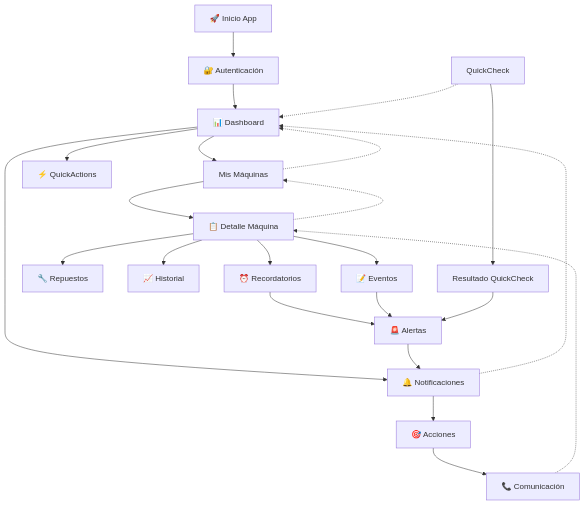
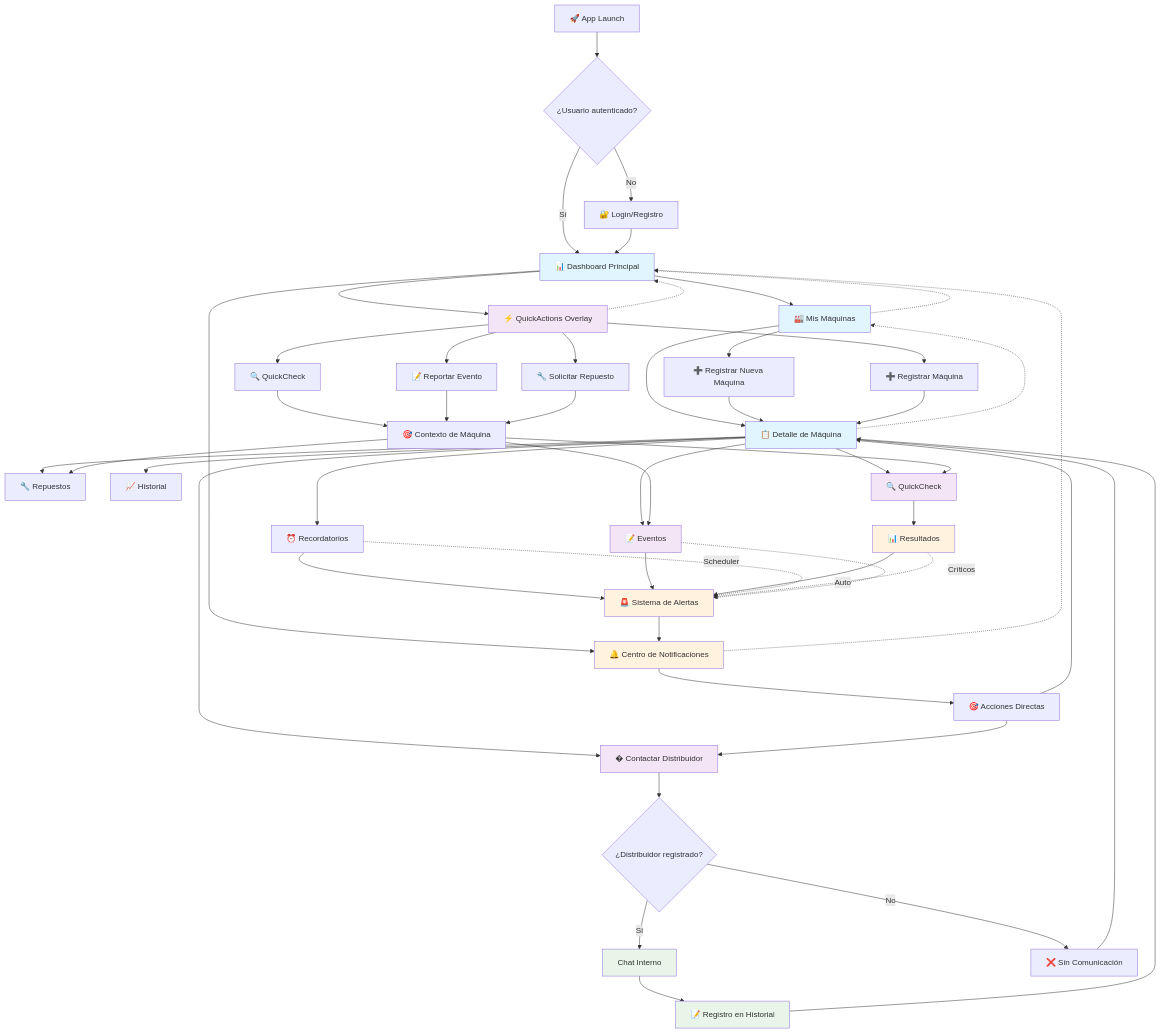
One commit to MarkMed/FleetMan changed the ninth of 9 diagrams in docs/userJourney.md. Above: the diagram before and after it, drawn with Mermaid.

Commit message:
Refactor user journey flow: enhance authentication, dashboard navigation, and QuickActions integration

````diff
--- a/docs/userJourney.md
+++ b/docs/userJourney.md
@@ -276,31 +276,85 @@
 ```mermaid
 flowchart TD
-    START[🚀 Inicio App] --> AUTH[🔐 Autenticación]
-    AUTH --> DASH[📊 Dashboard]
+    %% Inicio y Autenticación
+    START[🚀 App Launch] --> AUTH{¿Usuario autenticado?}
+    AUTH -->|No| LOGIN[🔐 Login/Registro]
+    AUTH -->|Sí| DASHBOARD[📊 Dashboard Principal]
+    LOGIN --> DASHBOARD
     
-    DASH --> MACHINES[🏭 Mis Máquinas]
-    DASH --> QA[⚡ QuickActions]
-    DASH --> NOTIF[🔔 Notificaciones]
+    %% Puntos de entrada principales desde Dashboard
+    DASHBOARD --> MACHINES[🏭 Mis Máquinas]
+    DASHBOARD --> QUICKACTIONS[⚡ QuickActions Overlay]
+    DASHBOARD --> NOTIFICATIONS[🔔 Centro de Notificaciones]
     
-    MACHINES --> DETAIL[📋 Detalle Máquina]
-    DETAIL --> REMINDERS[⏰ Recordatorios]
-    DETAIL --> SPARES[🔧 Repuestos]
-    DETAIL --> HISTORY[📈 Historial]
-    DETAIL --> EVENTS[📝 Eventos]
+    %% Flujo de Máquinas
+    MACHINES --> MACHINE_DETAIL[📋 Detalle de Máquina]
+    MACHINES --> NEW_MACHINE[➕ Registrar Nueva Máquina]
+    NEW_MACHINE --> MACHINE_DETAIL
     
-    QC[QuickCheck] --> QC_RESULT[Resultado QuickCheck]
-    REMINDERS --> ALERTS[🚨 Alertas]
+    %% QuickActions - Acciones Rápidas
+    QUICKACTIONS --> QA_QUICKCHECK[🔍 QuickCheck]
+    QUICKACTIONS --> QA_EVENT[📝 Reportar Evento]
+    QUICKACTIONS --> QA_SPARE[🔧 Solicitar Repuesto]
+    QUICKACTIONS --> QA_NEW_MACHINE[➕ Registrar Máquina]
+    
+    %% Convergencia de QuickActions a contexto de máquina
+    QA_QUICKCHECK --> MACHINE_CONTEXT[🎯 Contexto de Máquina]
+    QA_EVENT --> MACHINE_CONTEXT
+    QA_SPARE --> MACHINE_CONTEXT
+    QA_NEW_MACHINE --> MACHINE_DETAIL
+    
+    %% Gestión desde Detalle de Máquina
+    MACHINE_DETAIL --> REMINDERS[⏰ Recordatorios]
+    MACHINE_DETAIL --> SPARES[🔧 Repuestos]
+    MACHINE_DETAIL --> EVENTS[📝 Eventos]
+    MACHINE_DETAIL --> HISTORY[📈 Historial]
+    MACHINE_DETAIL --> QUICKCHECK[🔍 QuickCheck]
+    MACHINE_DETAIL --> CONTACT[� Contactar Distribuidor]
+    
+    %% Flujos de trabajo específicos
+    MACHINE_CONTEXT --> QUICKCHECK
+    MACHINE_CONTEXT --> EVENTS
+    MACHINE_CONTEXT --> SPARES
+    
+    %% Generación de Alertas y Notificaciones
+    QUICKCHECK --> RESULTS[📊 Resultados]
+    REMINDERS --> ALERTS[🚨 Sistema de Alertas]
     EVENTS --> ALERTS
-    QC_RESULT --> ALERTS
+    RESULTS --> ALERTS
     
-    ALERTS --> NOTIF
-    NOTIF --> ACTIONS[🎯 Acciones]
-    ACTIONS --> CONTACT[📞 Comunicación]
+    %% Sistema de Notificaciones
+    ALERTS --> NOTIFICATIONS
+    NOTIFICATIONS --> ACTIONS[🎯 Acciones Directas]
+    ACTIONS --> MACHINE_DETAIL
+    ACTIONS --> CONTACT
     
-    %% Navegación de retorno
-    DETAIL -.-> MACHINES[Mis Máquinas]
-    MACHINES -.-> DASH
-    NOTIF -.-> DASH
-    QC -.-> DASH
-    CONTACT -.-> DETAIL
+    %% Comunicaciones
+    CONTACT --> COMM_CHECK{¿Distribuidor registrado?}
+    COMM_CHECK -->|Sí| CHAT[Chat Interno]
+    COMM_CHECK -->|No| NO_COMM[❌ Sin Comunicación]
+    CHAT --> COMM_HISTORY[📝 Registro en Historial]
+    COMM_HISTORY --> MACHINE_DETAIL
+    NO_COMM --> MACHINE_DETAIL
+    
+    %% Navegación de retorno principal
+    MACHINE_DETAIL -.-> MACHINES
+    MACHINES -.-> DASHBOARD
+    NOTIFICATIONS -.-> DASHBOARD
+    QUICKACTIONS -.-> DASHBOARD
+    
+    %% Flujos automáticos del sistema
+    REMINDERS -. Scheduler .-> ALERTS
+    RESULTS -. Auto .-> ALERTS
+    EVENTS -. Críticos .-> ALERTS
+    
+    %% Estilos para mejor visualización
+    classDef primary fill:#e1f5fe
+    classDef action fill:#f3e5f5
+    classDef alert fill:#fff3e0
+    classDef communication fill:#e8f5e8
+    
+    class DASHBOARD,MACHINES,MACHINE_DETAIL primary
+    class QUICKACTIONS,EVENTS,QUICKCHECK,CONTACT action
+    class ALERTS,NOTIFICATIONS,RESULTS alert
+    class CHAT,COMM_HISTORY communication
 ```
````
